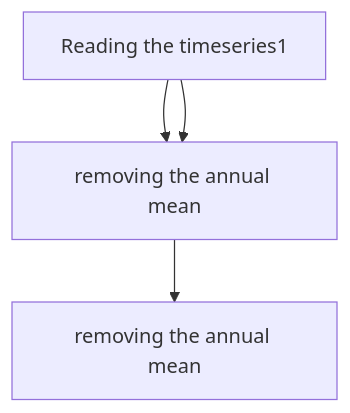
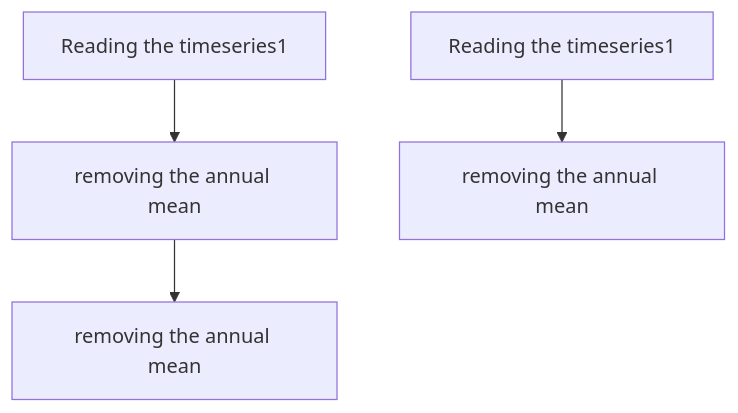
Before and after one commit to sputhiyamadam/PYRATES_workshop: the second of 2 diagrams in README.md, drawn with Mermaid.

````diff
--- a/README.md
+++ b/README.md
@@ -95,5 +95,5 @@
 ```mermaid
 graph TD;
     id1[Reading the timeseries1]--> id2[removing the annual mean]--> id3[removing the annual mean]
-    id1[Reading the timeseries1]--> id2[removing the annual mean]
+    id11[Reading the timeseries1]--> id12[removing the annual mean]
 ```
````
